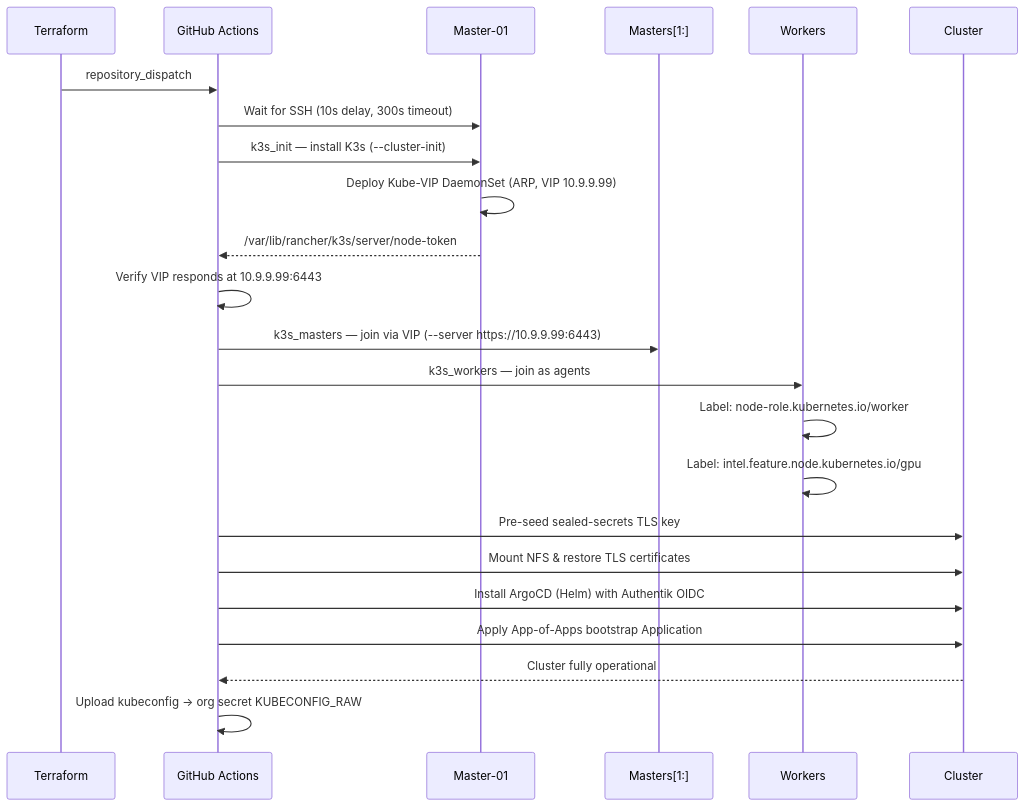
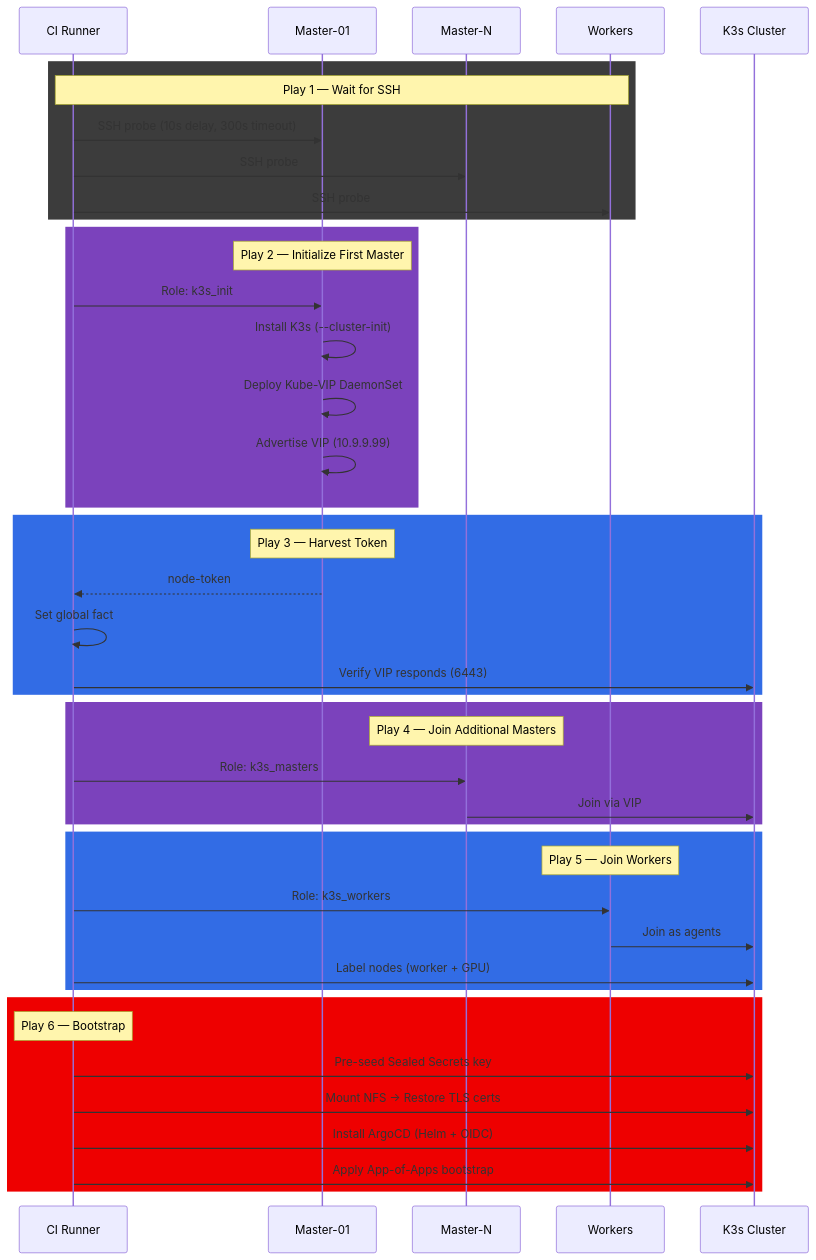
One commit to Starktastic-Homelab/ansible changed the first of 4 diagrams in README.md. Above: the diagram before and after it, drawn with Mermaid. The commit also changed other lines of this file, not shown here.

Commit message:
docs: rewrite README with diagrams and pipeline documentation

````diff
--- a/README.md
+++ b/README.md
@@ -96,29 +53,51 @@
 ```mermaid
 sequenceDiagram
-    participant TF as Terraform
-    participant GH as GitHub Actions
-    participant M1 as Master-01
-    participant Mn as Masters[1:]
+    participant Runner as CI Runner
+    participant M0 as Master-01
+    participant M1 as Master-N
     participant W as Workers
-    participant K8s as Cluster
+    participant Cluster as K3s Cluster
 
-    TF->>GH: repository_dispatch
-    GH->>M1: Wait for SSH (10s delay, 300s timeout)
-    GH->>M1: k3s_init — install K3s (--cluster-init)
-    M1->>M1: Deploy Kube-VIP DaemonSet (ARP, VIP 10.9.9.99)
-    M1-->>GH: /var/lib/rancher/k3s/server/node-token
-    GH->>GH: Verify VIP responds at 10.9.9.99:6443
+    rect rgb(60, 60, 60)
+    Note over Runner, W: Play 1 — Wait for SSH
+    Runner->>M0: SSH probe (10s delay, 300s timeout)
+    Runner->>M1: SSH probe
+    Runner->>W: SSH probe
+    end
 
-    GH->>Mn: k3s_masters — join via VIP (--server https://10.9.9.99:6443)
-    GH->>W: k3s_workers — join as agents
-    W->>W: Label: node-role.kubernetes.io/worker
-    W->>W: Label: intel.feature.node.kubernetes.io/gpu
+    rect rgb(123, 66, 188)
+    Note over M0: Play 2 — Initialize First Master
+    Runner->>M0: Role: k3s_init
+    M0->>M0: Install K3s (--cluster-init)
+    M0->>M0: Deploy Kube-VIP DaemonSet
+    M0->>M0: Advertise VIP (10.9.9.99)
+    end
 
-    GH->>K8s: Pre-seed sealed-secrets TLS key
-    GH->>K8s: Mount NFS & restore TLS certificates
-    GH->>K8s: Install ArgoCD (Helm) with Authentik OIDC
-    GH->>K8s: Apply App-of-Apps bootstrap Application
-    K8s-->>GH: Cluster fully operational
+    rect rgb(50, 108, 229)
+    Note over M0: Play 3 — Harvest Token
+    M0-->>Runner: node-token
+    Runner->>Runner: Set global fact
+    Runner->>Cluster: Verify VIP responds (6443)
+    end
 
-    GH->>GH: Upload kubeconfig → org secret KUBECONFIG_RAW
+    rect rgb(123, 66, 188)
+    Note over M1: Play 4 — Join Additional Masters
+    Runner->>M1: Role: k3s_masters
+    M1->>Cluster: Join via VIP
+    end
+
+    rect rgb(50, 108, 229)
+    Note over W: Play 5 — Join Workers
+    Runner->>W: Role: k3s_workers
+    W->>Cluster: Join as agents
+    Runner->>Cluster: Label nodes (worker + GPU)
+    end
+
+    rect rgb(238, 0, 0)
+    Note over Runner: Play 6 — Bootstrap
+    Runner->>Cluster: Pre-seed Sealed Secrets key
+    Runner->>Cluster: Mount NFS → Restore TLS certs
+    Runner->>Cluster: Install ArgoCD (Helm + OIDC)
+    Runner->>Cluster: Apply App-of-Apps bootstrap
+    end
 ```
````
